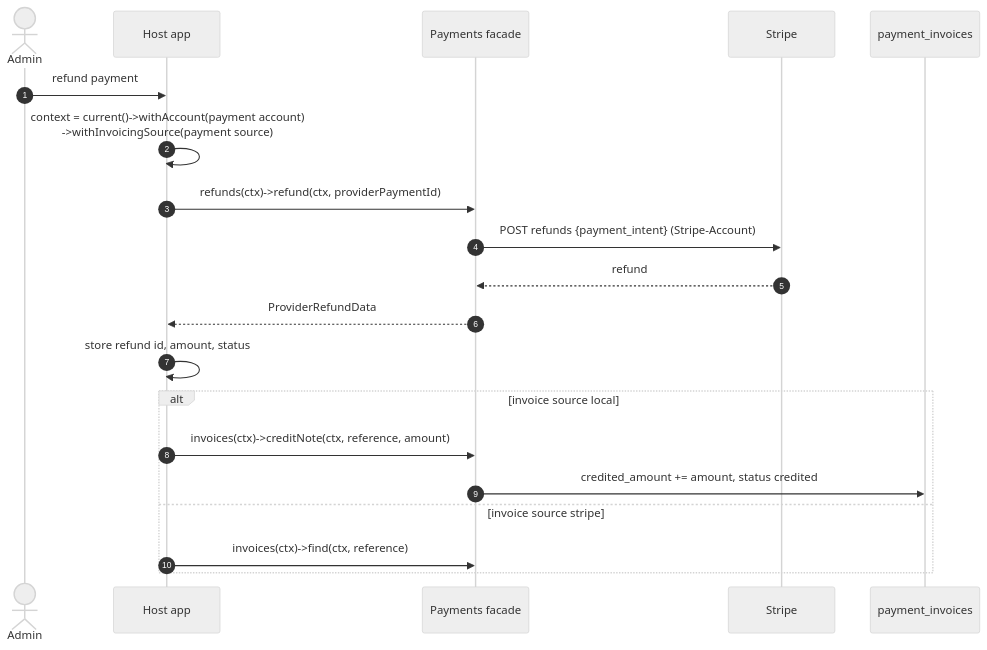
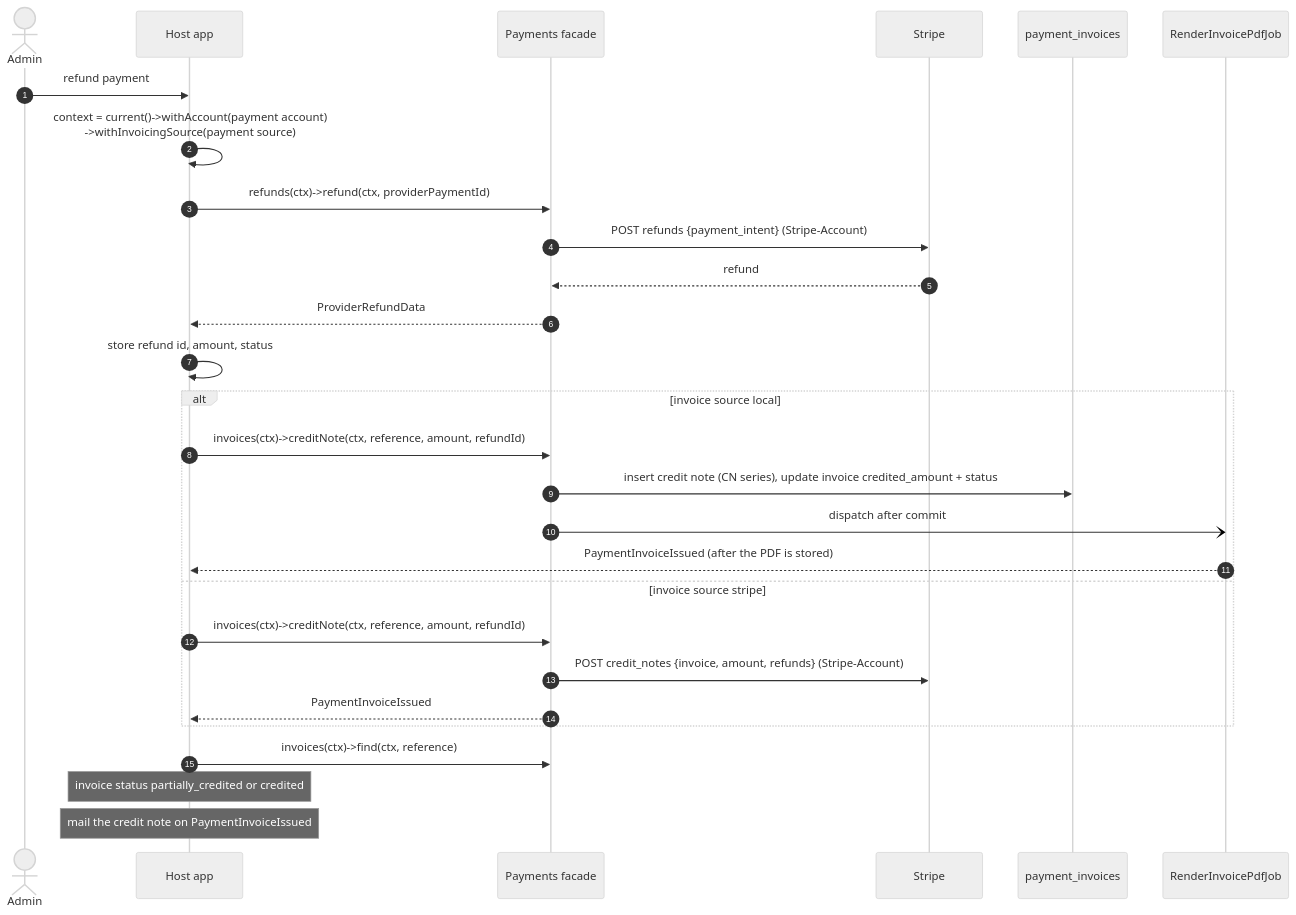
One commit to net-os-com/laravel-payments changed the diagram in docs/Refunds.md. Above: the diagram before and after it, drawn with Mermaid (neutral theme). The commit also changed other lines of this file and 14 other files, not shown here.

Commit message:
docs: local invoices, credit notes and reservations

````diff
--- a/docs/Refunds.md
+++ b/docs/Refunds.md
@@ -53,23 +55,31 @@
 ```mermaid
 sequenceDiagram
     autonumber
     actor Admin
     participant App as Host app
     participant Pkg as Payments facade
     participant Stripe
     participant DB as payment_invoices
+    participant Q as RenderInvoicePdfJob
 
     Admin->>App: refund payment
     App->>App: context = current()->withAccount(payment account)<br/>->withInvoicingSource(payment source)
     App->>Pkg: refunds(ctx)->refund(ctx, providerPaymentId)
     Pkg->>Stripe: POST refunds {payment_intent} (Stripe-Account)
     Stripe-->>Pkg: refund
     Pkg-->>App: ProviderRefundData
     App->>App: store refund id, amount, status
     alt invoice source local
-        App->>Pkg: invoices(ctx)->creditNote(ctx, reference, amount)
-        Pkg->>DB: credited_amount += amount, status credited
+        App->>Pkg: invoices(ctx)->creditNote(ctx, reference, amount, refundId)
+        Pkg->>DB: insert credit note (CN series), update invoice credited_amount + status
+        Pkg-)Q: dispatch after commit
+        Q-->>App: PaymentInvoiceIssued (after the PDF is stored)
     else invoice source stripe
-        App->>Pkg: invoices(ctx)->find(ctx, reference)
+        App->>Pkg: invoices(ctx)->creditNote(ctx, reference, amount, refundId)
+        Pkg->>Stripe: POST credit_notes {invoice, amount, refunds} (Stripe-Account)
+        Pkg-->>App: PaymentInvoiceIssued
     end
+    App->>Pkg: invoices(ctx)->find(ctx, reference)
+    Note over App: invoice status partially_credited or credited
+    Note over App: mail the credit note on PaymentInvoiceIssued
 ```
````
